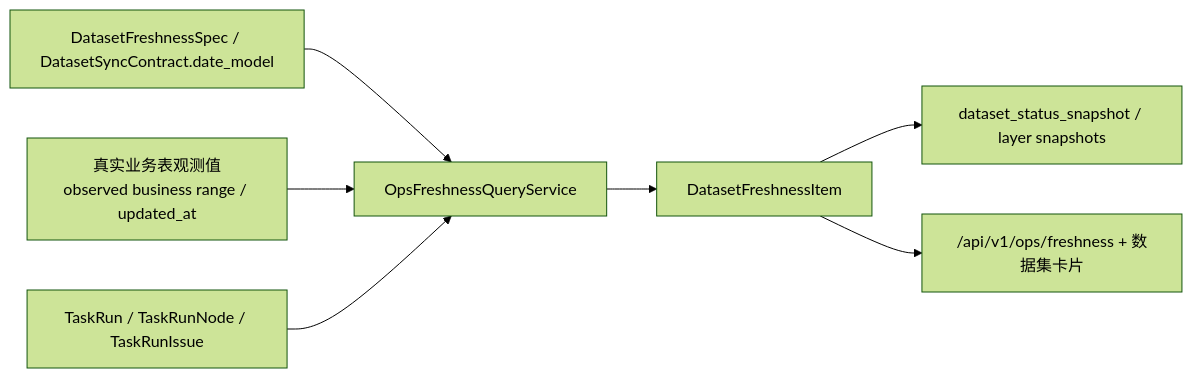
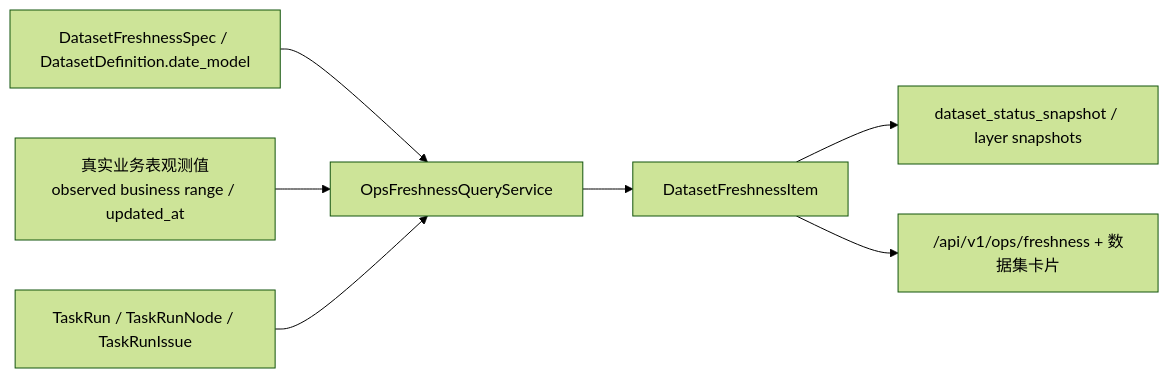
Before and after one commit to chiuser/goldenshare: the diagram in docs/ops/ops-sync-job-state-retirement-plan-v1.md, drawn with Mermaid (forest theme). The commit also changed other lines of this file and 82 other files, not shown here.

````diff
--- a/docs/ops/ops-sync-job-state-retirement-plan-v1.md
+++ b/docs/ops/ops-sync-job-state-retirement-plan-v1.md
@@ -112,9 +112,9 @@
 ```mermaid
 flowchart LR
-  A["DatasetFreshnessSpec / DatasetSyncContract.date_model"] --> D["OpsFreshnessQueryService"]
+  A["DatasetFreshnessSpec / DatasetDefinition.date_model"] --> D["OpsFreshnessQueryService"]
   B["真实业务表观测值<br/>observed business range / updated_at"] --> D
   C["TaskRun / TaskRunNode / TaskRunIssue"] --> D
   D --> E["DatasetFreshnessItem"]
   E --> F["dataset_status_snapshot / layer snapshots"]
   E --> G["/api/v1/ops/freshness + 数据集卡片"]
 ```
````
